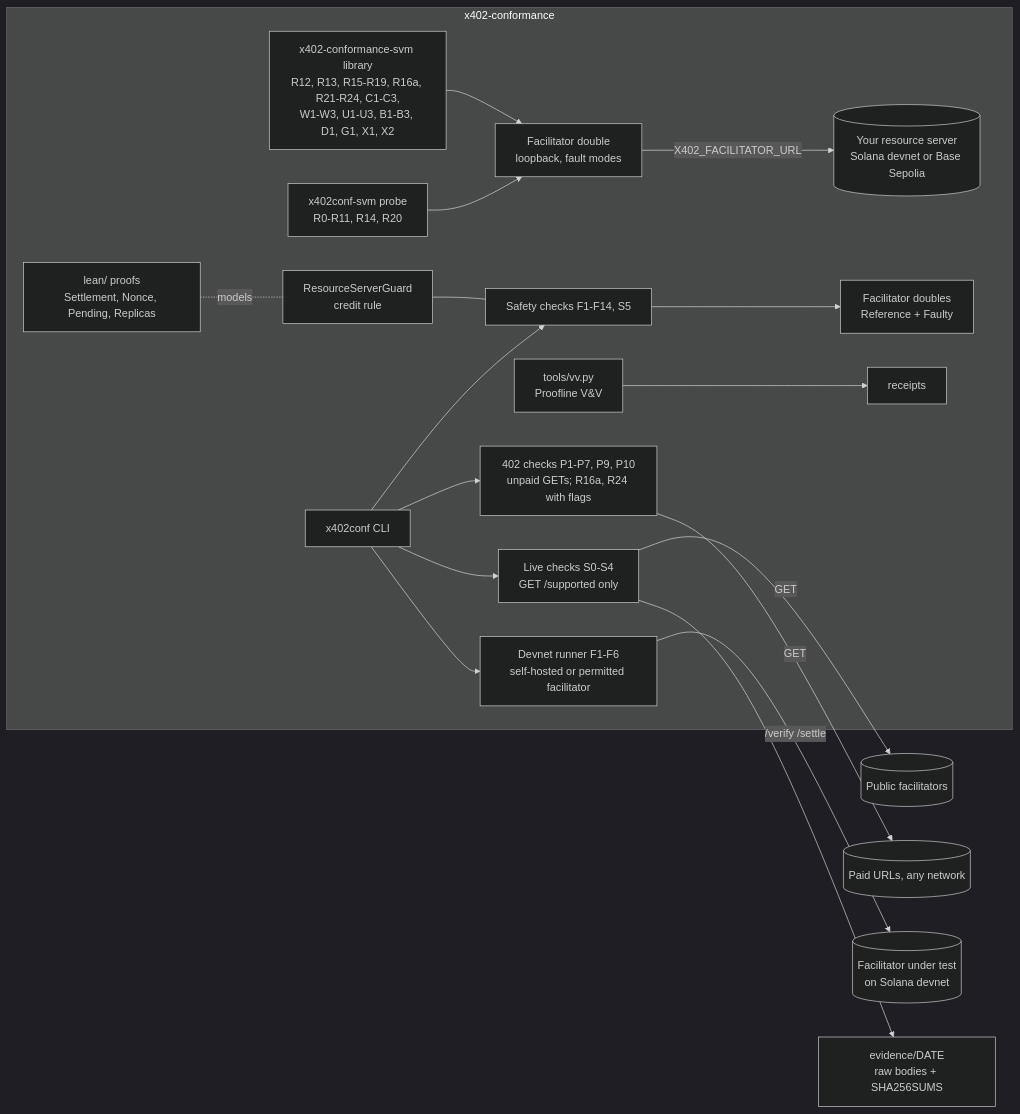
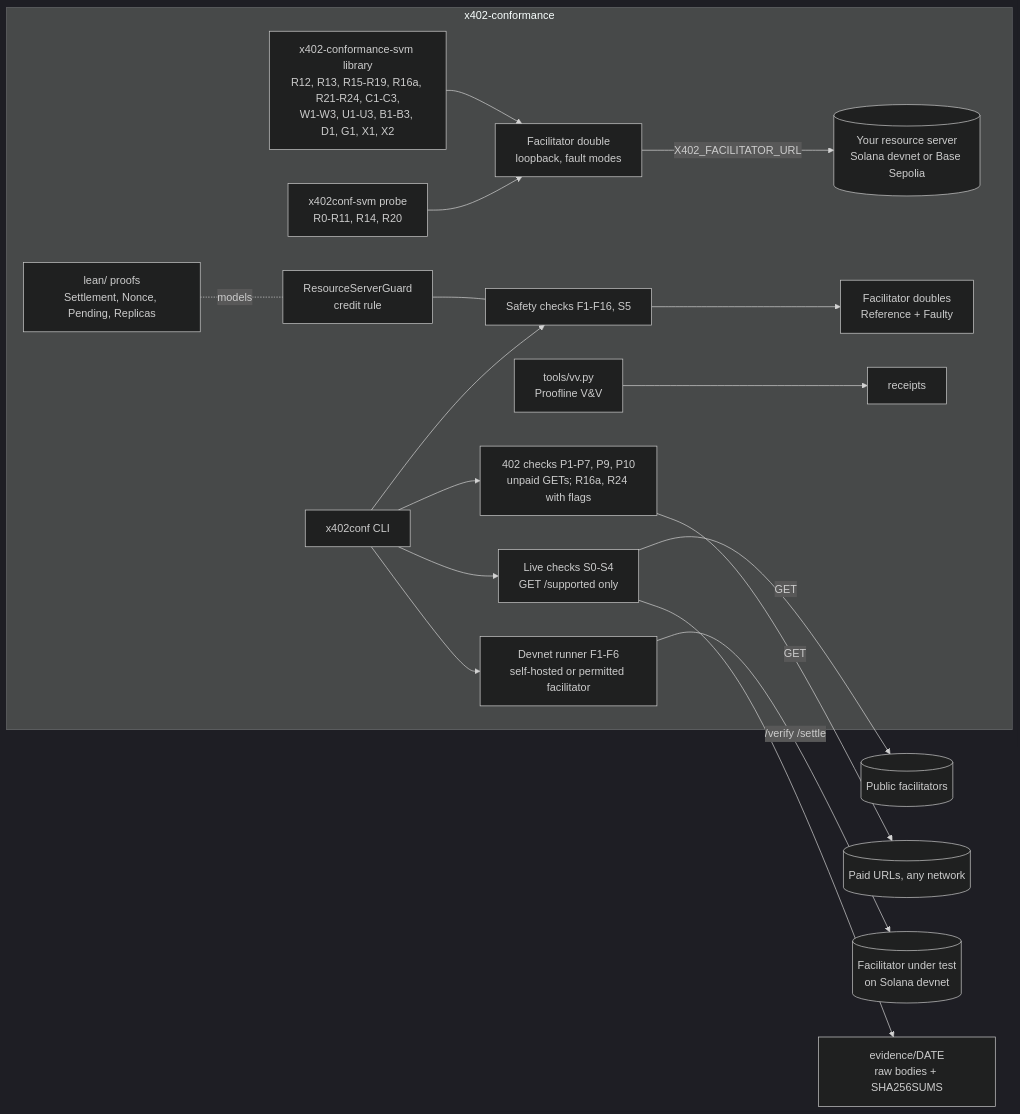
Before and after one commit to actions-marketplace-validations/atsp-protocol_x402-conformance: the diagram in docs/ARCHITECTURE.md, drawn with Mermaid (dark theme). The commit also changed 23 other files, not shown here.

````diff
--- a/docs/ARCHITECTURE.md
+++ b/docs/ARCHITECTURE.md
@@ -7,20 +7,20 @@
 ```mermaid
 flowchart LR
   subgraph suite[x402-conformance]
     CLI[x402conf CLI] --> LIVE[Live checks S0-S4<br/>GET /supported only]
     CLI --> RES[402 checks P1-P7, P9, P10<br/>unpaid GETs; R16a, R24 with flags]
     PROBE[x402conf-svm probe<br/>R0-R11, R14, R20] --> DBL[Facilitator double<br/>loopback, fault modes]
     LIB[x402-conformance-svm library<br/>R12, R13, R15-R19, R16a, R21-R24, C1-C3,<br/>W1-W3, U1-U3, B1-B3, D1, G1, X1, X2] --> DBL
     DBL -->|X402_FACILITATOR_URL| RS[(Your resource server<br/>Solana devnet or Base Sepolia)]
-    CLI --> OFF[Safety checks F1-F14, S5]
+    CLI --> OFF[Safety checks F1-F16, S5]
     OFF --> DOUBLES[Facilitator doubles<br/>Reference + Faulty]
     CLI --> DEVNET[Devnet runner F1-F6<br/>self-hosted or permitted facilitator]
     GUARD[ResourceServerGuard<br/>credit rule] --- OFF
     LEAN[lean/ proofs<br/>Settlement, Nonce, Pending, Replicas] -. models .- GUARD
     VV[tools/vv.py<br/>Proofline V&V] --> RCPT[receipts]
   end
   LIVE -->|GET| PUB[(Public facilitators)]
   RES -->|GET| PAID[(Paid URLs, any network)]
   DEVNET -->|/verify /settle| OWN[(Facilitator under test<br/>on Solana devnet)]
   LIVE --> EVID[evidence/DATE<br/>raw bodies + SHA256SUMS]
 ```
````
